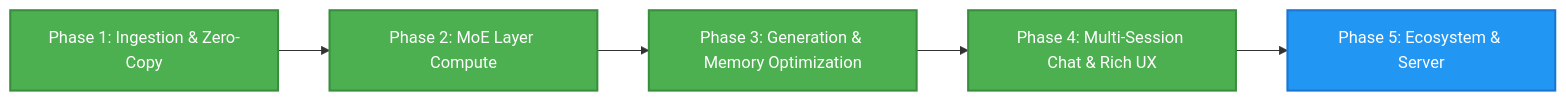
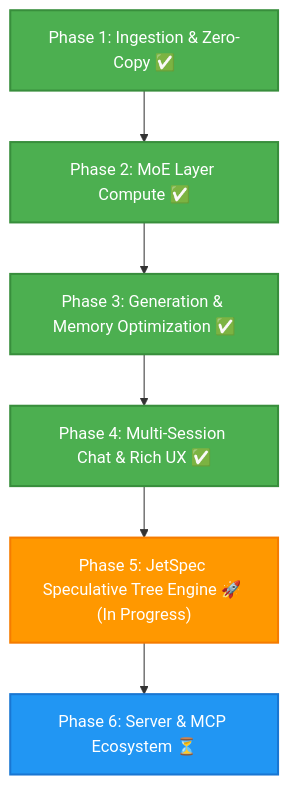
The diagram in README.md (derekrparris/DynaMoE), drawn with Mermaid before and after one commit. The commit also changed other lines of this file and 3 other files, not shown here.

````diff
--- a/README.md
+++ b/README.md
@@ -91,12 +115,15 @@
 ```mermaid
-flowchart LR
-    A["Phase 1: Ingestion & Zero-Copy"] --> B["Phase 2: MoE Layer Compute"]
-    B --> C["Phase 3: Generation & Memory Optimization"]
-    C --> D["Phase 4: Multi-Session Chat & Rich UX"]
-    D --> E["Phase 5: Ecosystem & Server"]
+flowchart TD
+    A["Phase 1: Ingestion & Zero-Copy ✅"] --> B["Phase 2: MoE Layer Compute ✅"]
+    B --> C["Phase 3: Generation & Memory Optimization ✅"]
+    C --> D["Phase 4: Multi-Session Chat & Rich UX ✅"]
+    D --> E["Phase 5: JetSpec Speculative Tree Engine 🚀 (In Progress)"]
+    E --> F["Phase 6: Server & MCP Ecosystem ⏳"]
+    
     style A fill:#4CAF50,stroke:#388E3C,stroke-width:2px,color:#fff
     style B fill:#4CAF50,stroke:#388E3C,stroke-width:2px,color:#fff
     style C fill:#4CAF50,stroke:#388E3C,stroke-width:2px,color:#fff
     style D fill:#4CAF50,stroke:#388E3C,stroke-width:2px,color:#fff
-    style E fill:#2196F3,stroke:#1976D2,stroke-width:2px,color:#fff
+    style E fill:#FF9800,stroke:#F57C00,stroke-width:2px,color:#fff
+    style F fill:#2196F3,stroke:#1976D2,stroke-width:2px,color:#fff
 ```
````
